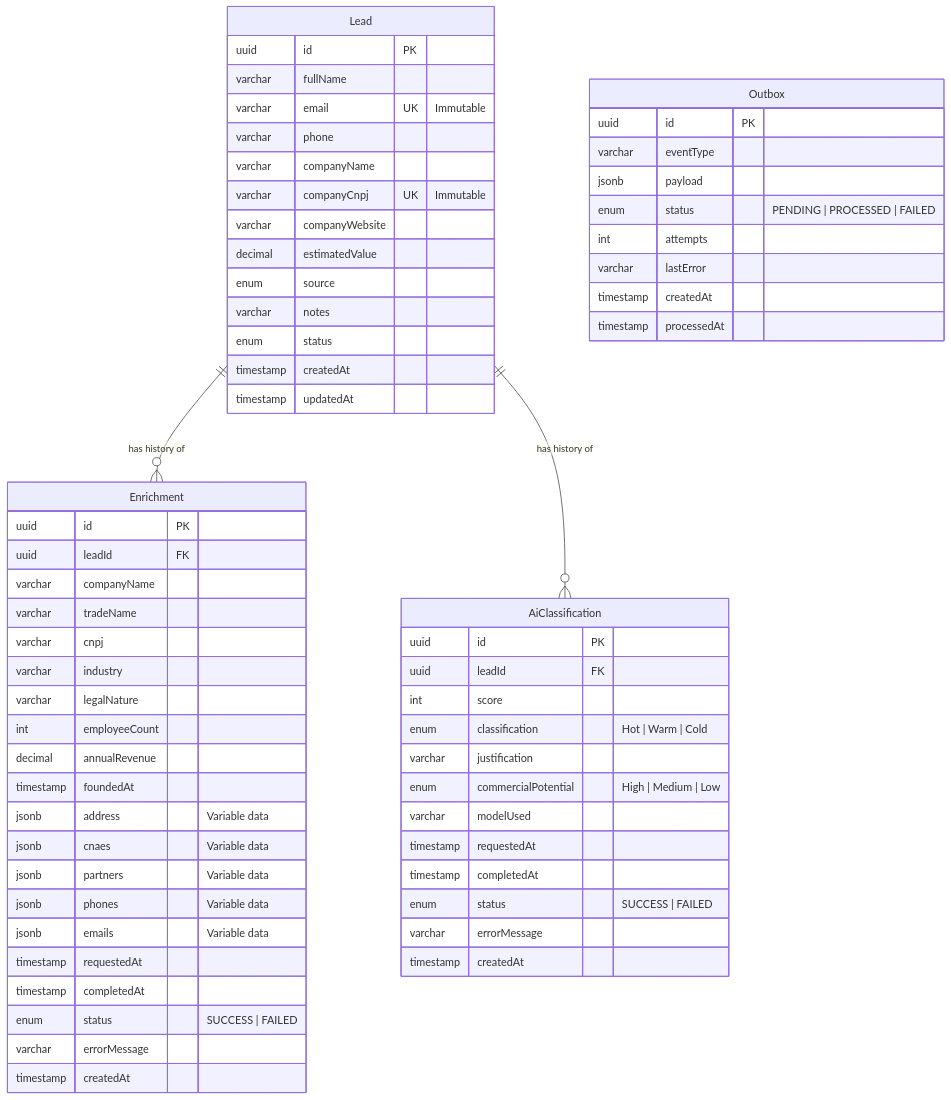
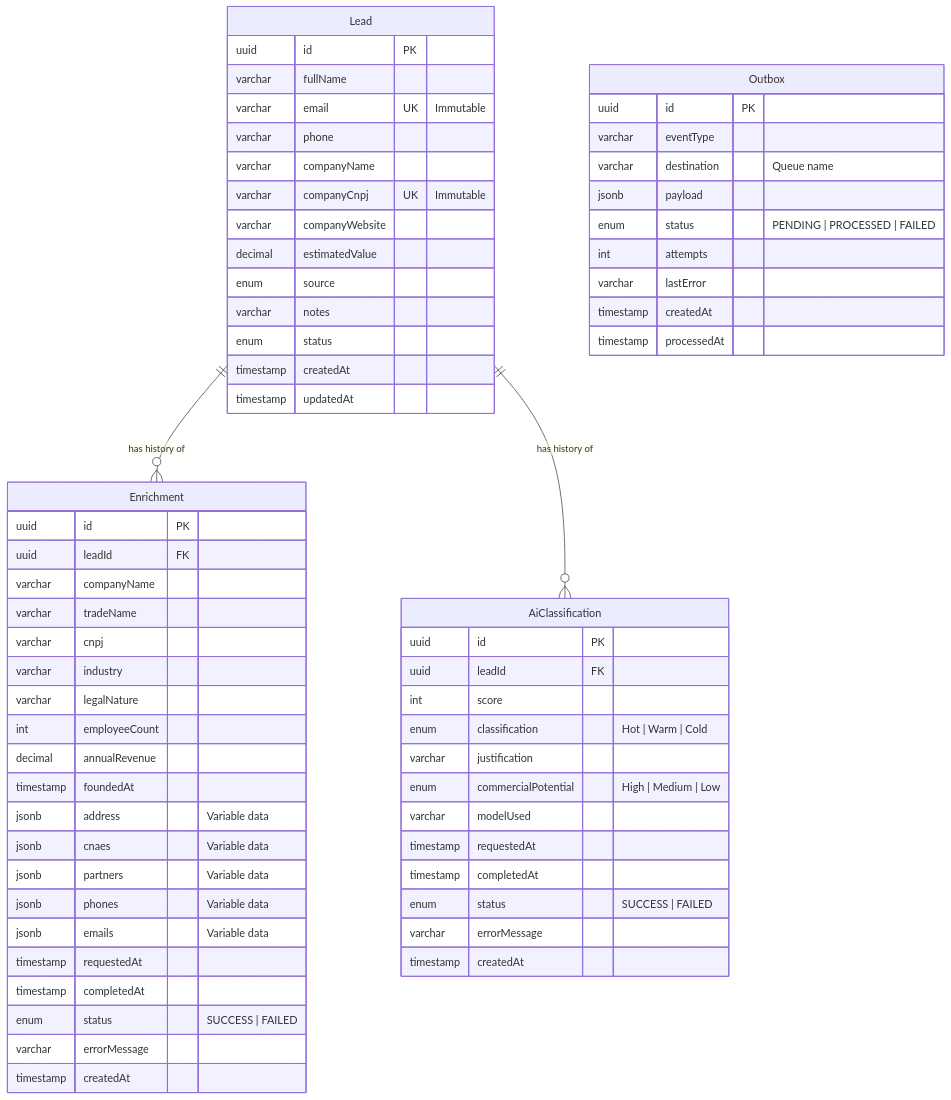
One commit to luluopa/semantic-lead-intelligence-engine changed the second of 2 diagrams in README.md. Above: the diagram before and after it, drawn with Mermaid. The commit also changed other lines of this file and 1 other file, not shown here.

Commit message:
docs: update README and README.pt-BR to clarify Outbox Pattern implementation and enhance descriptions of transactional messaging and system architecture

````diff
--- a/README.md
+++ b/README.md
@@ -108,70 +112,71 @@
 ```mermaid
 erDiagram
     Lead {
         uuid id PK
         varchar fullName
         varchar email UK "Immutable"
         varchar phone
         varchar companyName
         varchar companyCnpj UK "Immutable"
         varchar companyWebsite
         decimal estimatedValue
         enum source
         varchar notes
         enum status
         timestamp createdAt
         timestamp updatedAt
     }
 
     Enrichment {
         uuid id PK
         uuid leadId FK
         varchar companyName
         varchar tradeName
         varchar cnpj
         varchar industry
         varchar legalNature
         int employeeCount
         decimal annualRevenue
         timestamp foundedAt
         jsonb address "Variable data"
         jsonb cnaes "Variable data"
         jsonb partners "Variable data"
         jsonb phones "Variable data"
         jsonb emails "Variable data"
         timestamp requestedAt
         timestamp completedAt
         enum status "SUCCESS | FAILED"
         varchar errorMessage
         timestamp createdAt
     }
 
     AiClassification {
         uuid id PK
         uuid leadId FK
         int score
         enum classification "Hot | Warm | Cold"
         varchar justification
         enum commercialPotential "High | Medium | Low"
         varchar modelUsed
         timestamp requestedAt
         timestamp completedAt
         enum status "SUCCESS | FAILED"
         varchar errorMessage
         timestamp createdAt
     }
 
     Outbox {
         uuid id PK
         varchar eventType
+        varchar destination "Queue name"
         jsonb payload
         enum status "PENDING | PROCESSED | FAILED"
         int attempts
         varchar lastError
         timestamp createdAt
         timestamp processedAt
     }
 
     Lead ||--o{ Enrichment : "has history of"
     Lead ||--o{ AiClassification : "has history of"
 ```
````
